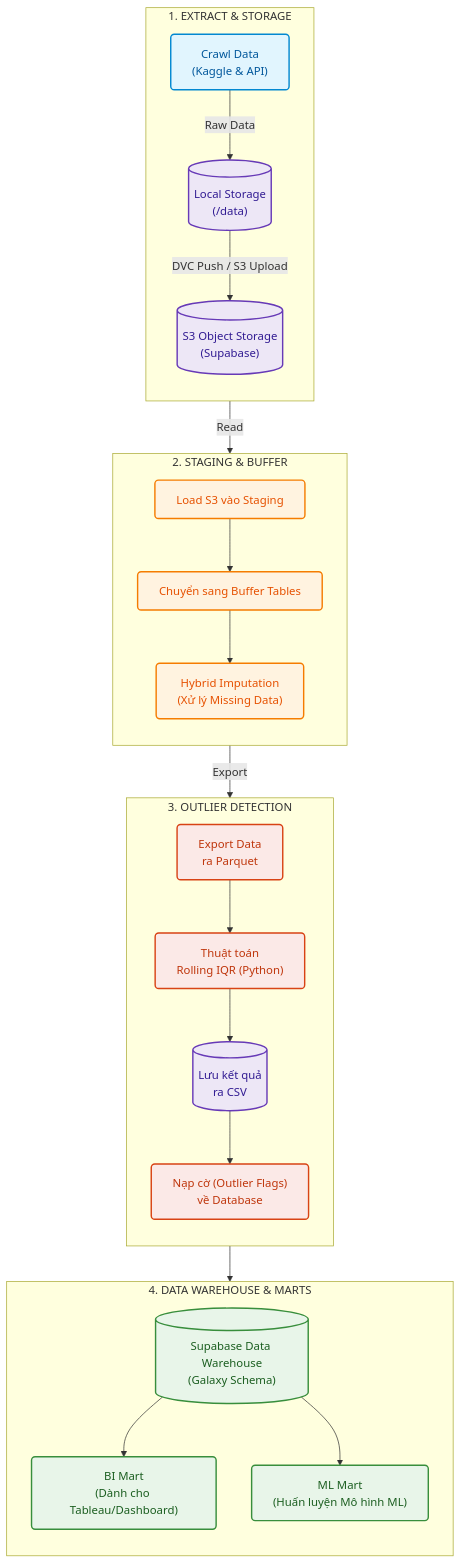
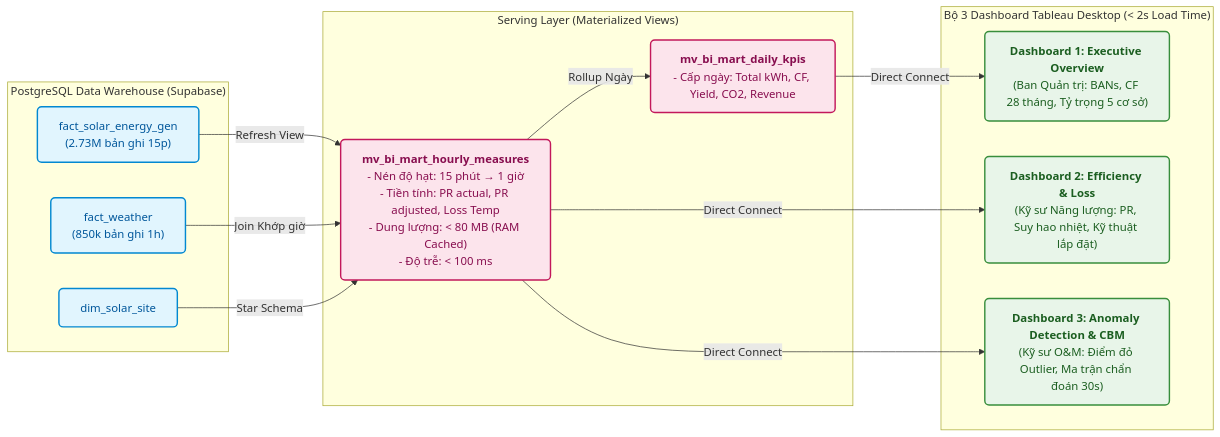
Before and after one commit to nguyenvunhut/solar-engergy: the fifth of 6 diagrams in reports/diagrams/data_pipeline.md, drawn with Mermaid. The commit also changed other lines of this file and 2 other files, not shown here.

````diff
--- a/reports/diagrams/data_pipeline.md
+++ b/reports/diagrams/data_pipeline.md
@@ -3,57 +255,32 @@
 ```mermaid
-flowchart TD
-    classDef extract fill:#e1f5fe,stroke:#0288d1,stroke-width:2px,color:#01579b,rx:5px,ry:5px;
-    classDef storage fill:#ede7f6,stroke:#673ab7,stroke-width:2px,color:#311b92,rx:5px,ry:5px;
-    classDef process fill:#fff3e0,stroke:#f57c00,stroke-width:2px,color:#e65100,rx:5px,ry:5px;
-    classDef transform fill:#fbe9e7,stroke:#d84315,stroke-width:2px,color:#bf360c,rx:5px,ry:5px;
-    classDef load fill:#e8f5e9,stroke:#388e3c,stroke-width:2px,color:#1b5e20,rx:5px,ry:5px;
+flowchart LR
+    classDef dwh fill:#e1f5fe,stroke:#0288d1,stroke-width:2px,color:#01579b,rx:6px,ry:6px;
+    classDef mart fill:#fce4ec,stroke:#c2185b,stroke-width:2px,color:#880e4f,rx:6px,ry:6px;
+    classDef tab fill:#e8f5e9,stroke:#388e3c,stroke-width:2px,color:#1b5e20,rx:6px,ry:6px;
 
-    %% --- Giai đoạn 1: Extract & Storage ---
-    subgraph S1 ["1. EXTRACT & STORAGE"]
-        direction TB
-        E1["Crawl Data<br>(Kaggle & API)"]:::extract
-        ST1[("Local Storage<br>(/data)")]:::storage
-        ST2[("S3 Object Storage<br>(Supabase)")]:::storage
-        
-        E1 -->|Raw Data| ST1
-        ST1 -->|DVC Push / S3 Upload| ST2
+    subgraph DWH["PostgreSQL Data Warehouse (Supabase)"]
+        FactGen["fact_solar_energy_gen<br/>(2.73M bản ghi 15p)"]:::dwh
+        FactWeather["fact_weather<br/>(850k bản ghi 1h)"]:::dwh
+        DimSite["dim_solar_site"]:::dwh
     end
 
-    %% --- Giai đoạn 2: Staging & Cleaning ---
-    subgraph S2 ["2. STAGING & BUFFER"]
-        direction TB
-        P1["Load S3 vào Staging"]:::process
-        P2["Chuyển sang Buffer Tables"]:::process
-        P3["Hybrid Imputation<br>(Xử lý Missing Data)"]:::process
-        
-        ST2 -->|Read| P1
-        P1 --> P2
-        P2 --> P3
+    subgraph BIMart["Serving Layer (Materialized Views)"]
+        MVHourly["<b>mv_bi_mart_hourly_measures</b><br/>- Nén độ hạt: 15 phút &rarr; 1 giờ<br/>- Tiền tính: PR actual, PR adjusted, Loss Temp<br/>- Dung lượng: &lt; 80 MB (RAM Cached)<br/>- Độ trễ: &lt; 100 ms"]:::mart
+        MVDaily["<b>mv_bi_mart_daily_kpis</b><br/>- Cấp ngày: Total kWh, CF, Yield, CO2, Revenue"]:::mart
     end
 
-    %% --- Giai đoạn 3: Xử lý Outlier ---
-    subgraph S3 ["3. OUTLIER DETECTION"]
-        direction TB
-        T1["Export Data<br>ra Parquet"]:::transform
-        T2["Thuật toán<br>Rolling IQR (Python)"]:::transform
-        ST3[("Lưu kết quả<br>ra CSV")]:::storage
-        T3["Nạp cờ (Outlier Flags)<br>về Database"]:::transform
-        
-        P3 -->|Export| T1
-        T1 --> T2
-        T2 --> ST3
-        ST3 --> T3
+    subgraph TableauSuite["Bộ 3 Dashboard Tableau Desktop (&lt; 2s Load Time)"]
+        DB1["<b>Dashboard 1: Executive Overview</b><br/>(Ban Quản trị: BANs, CF 28 tháng, Tỷ trọng 5 cơ sở)"]:::tab
+        DB2["<b>Dashboard 2: Efficiency & Loss</b><br/>(Kỹ sư Năng lượng: PR, Suy hao nhiệt, Kỹ thuật lắp đặt)"]:::tab
+        DB3["<b>Dashboard 3: Anomaly Detection & CBM</b><br/>(Kỹ sư O&M: Điểm đỏ Outlier, Ma trận chẩn đoán 30s)"]:::tab
     end
 
-    %% --- Giai đoạn 4: Data Warehouse & Marts ---
-    subgraph S4 ["4. DATA WAREHOUSE & MARTS"]
-        direction TB
-        L1[("Supabase Data Warehouse<br>(Galaxy Schema)")]:::load
-        L2["BI Mart<br>(Dành cho Tableau/Dashboard)"]:::load
-        L3["ML Mart<br>(Huấn luyện Mô hình ML)"]:::load
-        
-        T3 --> L1
-        L1 --> L2
-        L1 --> L3
-    end
+    FactGen -->|Refresh View| MVHourly
+    FactWeather -->|Join Khớp giờ| MVHourly
+    DimSite -->|Star Schema| MVHourly
+    MVHourly -->|Rollup Ngày| MVDaily
+
+    MVHourly -->|Direct Connect| DB2
+    MVHourly -->|Direct Connect| DB3
+    MVDaily -->|Direct Connect| DB1
 ```
````
